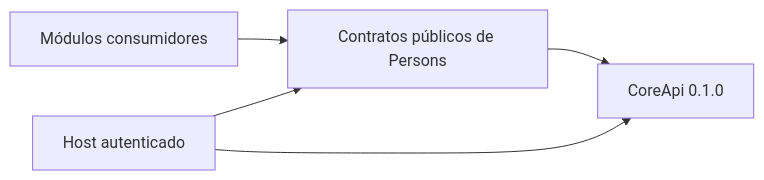
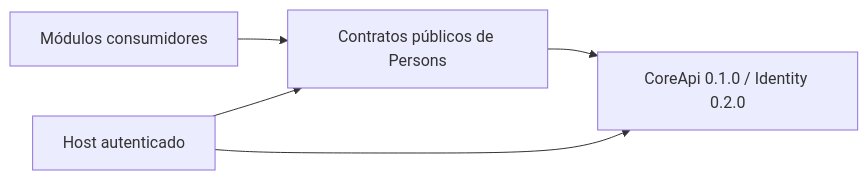
One commit to jlbellonGmail/gi-common-persons changed the diagram in docs/tecnica/arquitectura-persons.md. Above: the diagram before and after it, drawn with Mermaid. The commit also changed other lines of this file and 31 other files, not shown here.

Commit message:
feat: integrate gi-platform-core v0.2.1 identity

````diff
--- a/docs/tecnica/arquitectura-persons.md
+++ b/docs/tecnica/arquitectura-persons.md
@@ -21,7 +21,7 @@
 ```mermaid
 flowchart LR
   Consumidor[Módulos consumidores] --> Persons[Contratos públicos de Persons]
-  Persons --> Core[CoreApi 0.1.0]
+  Persons --> Core[CoreApi 0.1.0 / Identity 0.2.0]
   Host[Host autenticado] --> Persons
   Host --> Core
 ```
````
